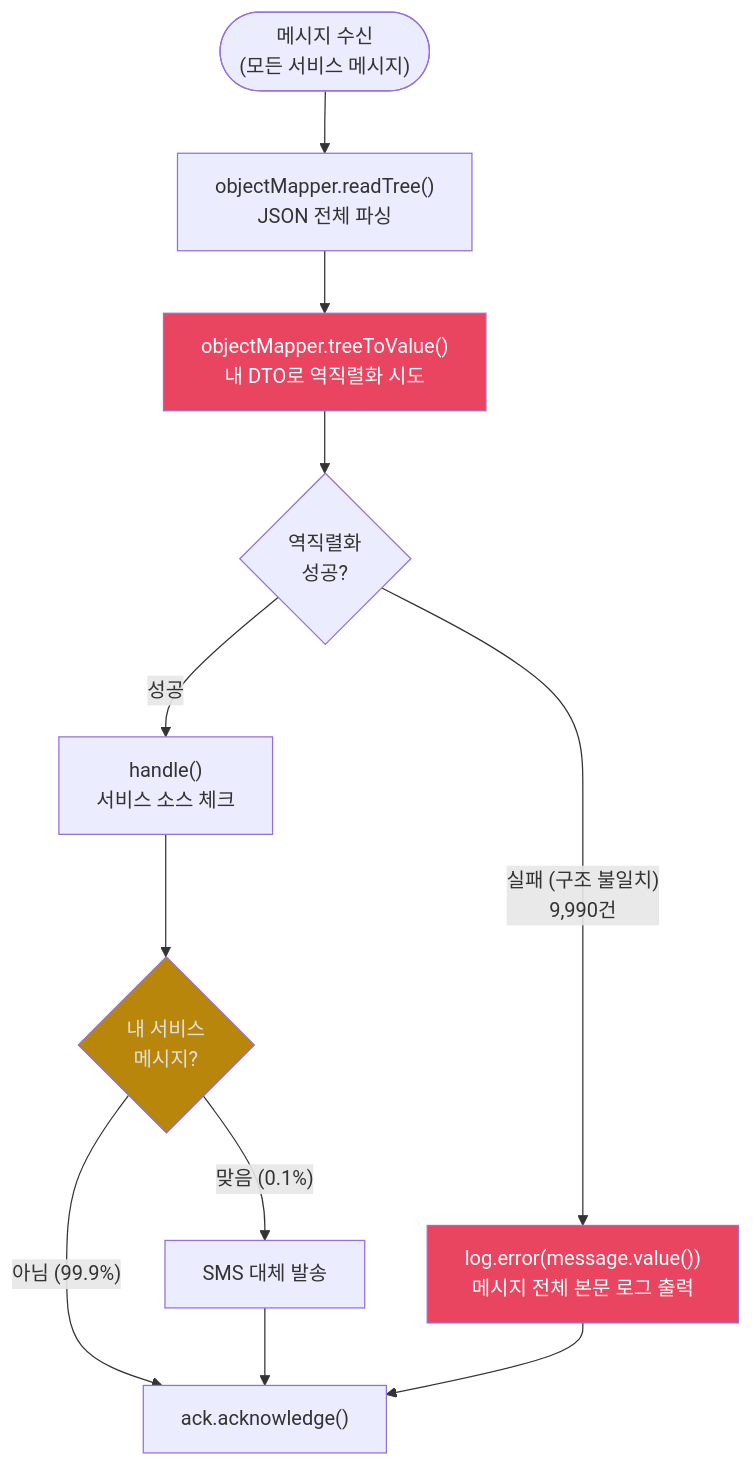
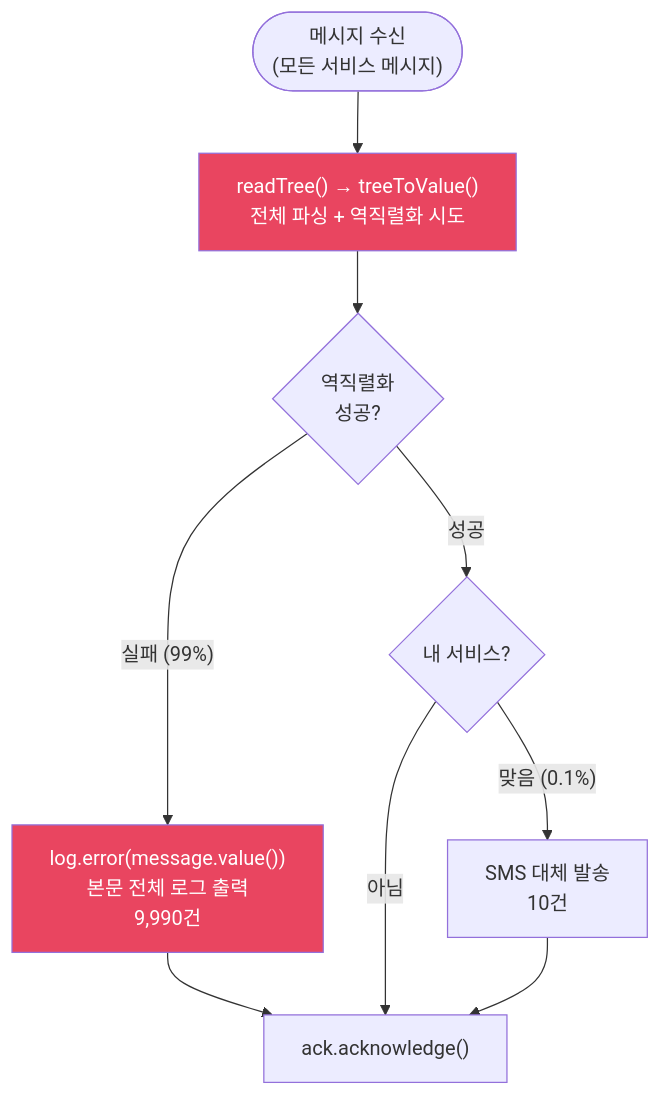
One commit to hyungkishin/hyungkishin.github.io changed the first of 4 diagrams in contents/posts/roopers/technical-writing/round4/index.md. Above: the diagram before and after it, drawn with Mermaid. The commit also changed other lines of this file and 7 other files, not shown here.

````diff
--- a/contents/posts/roopers/technical-writing/round4/index.md
+++ b/contents/posts/roopers/technical-writing/round4/index.md
@@ -55,28 +53,19 @@
 ```mermaid
 flowchart TD
     start(["메시지 수신<br/>(모든 서비스 메시지)"])
-    readTree["objectMapper.readTree()<br/>JSON 전체 파싱"]
-    treeToValue["objectMapper.treeToValue()<br/>내 DTO로 역직렬화 시도"]
+    readTree["readTree() → treeToValue()<br/>전체 파싱 + 역직렬화 시도"]
     success{"역직렬화<br/>성공?"}
-    handle["handle()<br/>서비스 소스 체크"]
-    isMine{"내 서비스<br/>메시지?"}
-    logError["log.error(message.value())<br/>메시지 전체 본문 로그 출력"]
+    isMine{"내 서비스?"}
+    logError["log.error(message.value())<br/>본문 전체 로그 출력<br/>9,990건"]
+    process["SMS 대체 발송<br/>10건"]
     ack["ack.acknowledge()"]
 
-    start --> readTree
-    readTree --> treeToValue
-    treeToValue --> success
+    start --> readTree --> success
+    success -->|"실패 (99%)"| logError --> ack
+    success -->|"성공"| isMine
+    isMine -->|"아님"| ack
+    isMine -->|"맞음 (0.1%)"| process --> ack
 
-    success -->|"성공"| handle
-    success -->|"실패 (구조 불일치)<br/>9,990건"| logError
-
-    handle --> isMine
-    isMine -->|"아님 (99.9%)"| ack
-    isMine -->|"맞음 (0.1%)"| process["SMS 대체 발송"]
-    process --> ack
-    logError --> ack
-
-    style treeToValue fill:#e94560,color:#ffffff
+    style readTree fill:#e94560,color:#ffffff
     style logError fill:#e94560,color:#ffffff
-    style isMine fill:#b8860b,color:#e0e0e0
 ```
````
